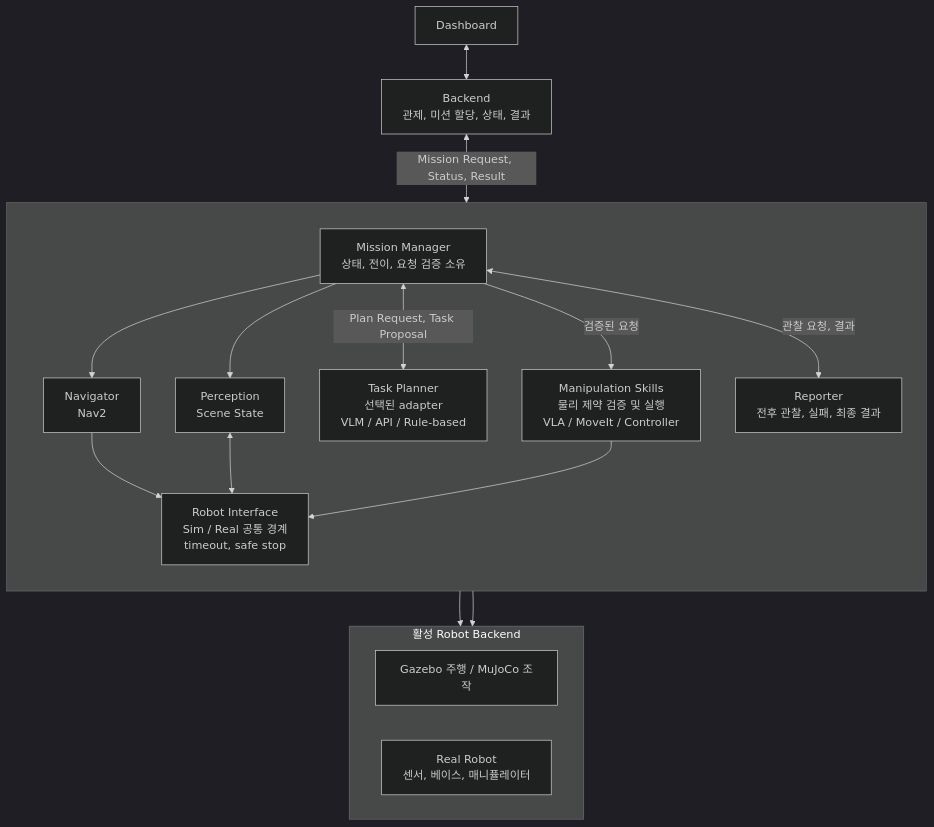
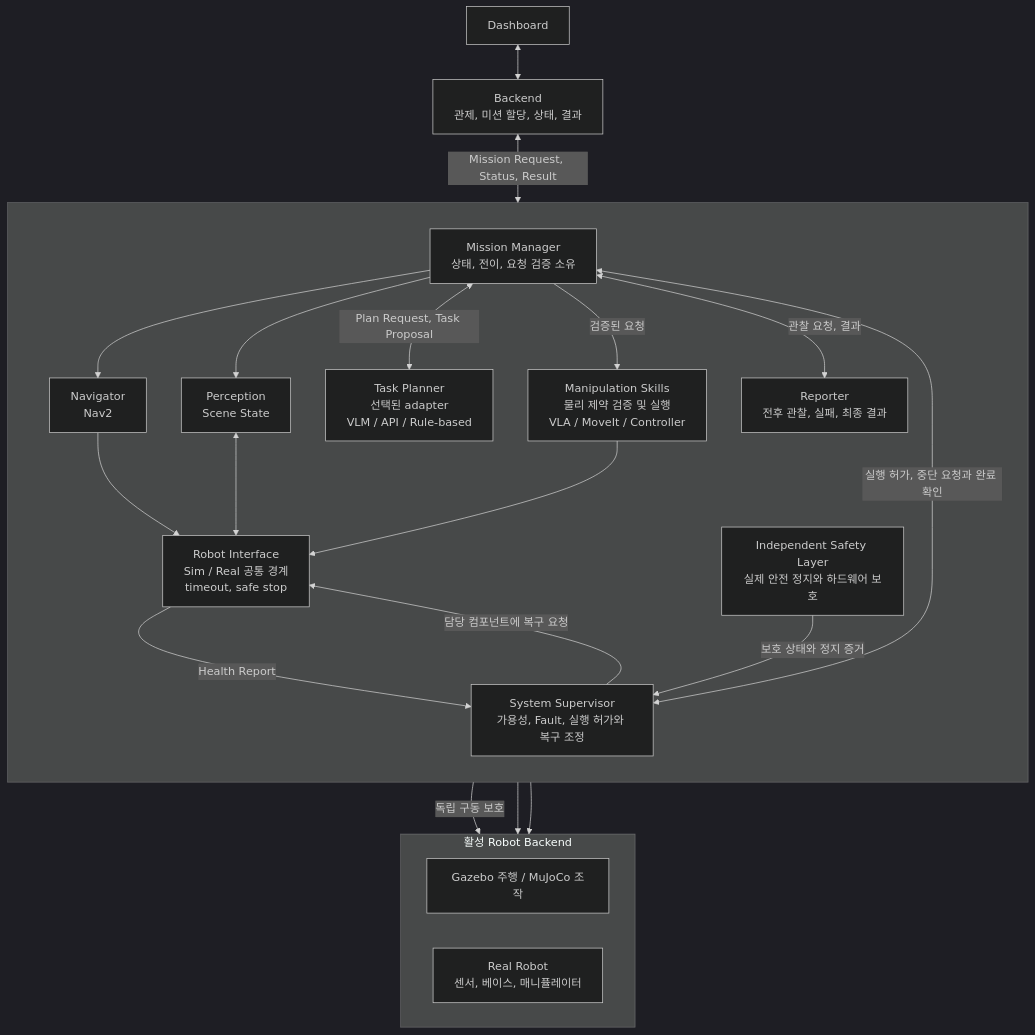
Before and after one commit to asm17-moving-agent/cleany-docs: the diagram in 20_TECHNICAL/00 - Technical Overview.md, drawn with Mermaid (dark theme). The commit also changed other lines of this file and 13 other files, not shown here.

Commit message:
docs: define system supervisor responsibilities and safety boundaries

````diff
--- a/20_TECHNICAL/00 - Technical Overview.md
+++ b/20_TECHNICAL/00 - Technical Overview.md
@@ -14,36 +14,43 @@
 ```mermaid
 flowchart TB
     dashboard["Dashboard"]
     backend["Backend<br/>관제, 미션 할당, 상태, 결과"]
 
     subgraph runtime[" "]
         direction TB
         mission["Mission Manager<br/>상태, 전이, 요청 검증 소유"]
+        supervisor["System Supervisor<br/>가용성, Fault, 실행 허가와 복구 조정"]
+        safety["Independent Safety Layer<br/>실제 안전 정지와 하드웨어 보호"]
         navigator["Navigator<br/>Nav2"]
         perception["Perception<br/>Scene State"]
         planner["Task Planner<br/>선택된 adapter<br/>VLM / API / Rule-based"]
         skills["Manipulation Skills<br/>물리 제약 검증 및 실행<br/>VLA / MoveIt / Controller"]
         reporter["Reporter<br/>전후 관찰, 실패, 최종 결과"]
         interface["Robot Interface<br/>Sim / Real 공통 경계<br/>timeout, safe stop"]
     end
 
     subgraph backend_impl["활성 Robot Backend"]
         direction LR
         simulation["Gazebo 주행 / MuJoCo 조작"]
         real["Real Robot<br/>센서, 베이스, 매니퓰레이터"]
     end
 
     dashboard <--> backend
     backend <-->|Mission Request, Status, Result| mission
+    supervisor <-->|실행 허가, 중단 요청과 완료 확인| mission
+    interface -->|Health Report| supervisor
+    safety -->|보호 상태와 정지 증거| supervisor
+    safety -->|독립 구동 보호| real
+    supervisor -->|담당 컴포넌트에 복구 요청| interface
     mission --> navigator
     mission --> perception
     mission <-->|Plan Request, Task Proposal| planner
     mission -->|검증된 요청| skills
     mission <-->|관찰 요청, 결과| reporter
     navigator --> interface
     perception <--> interface
     skills --> interface
     interface --> simulation
     interface --> real
 
 ```
````
